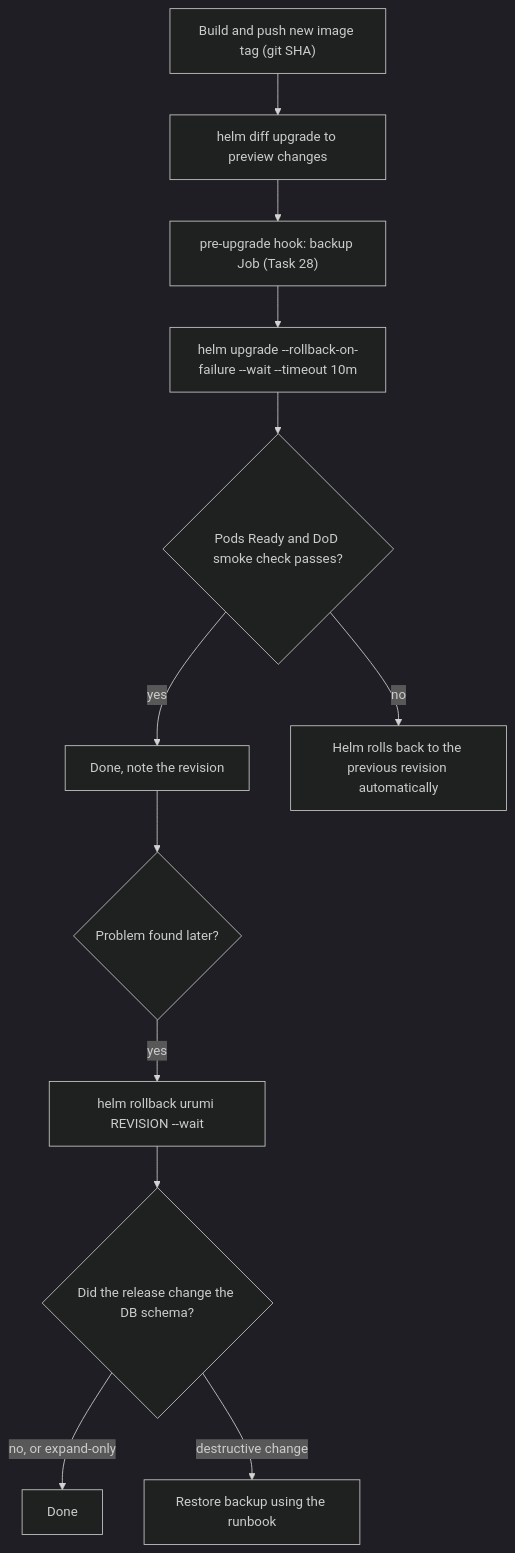
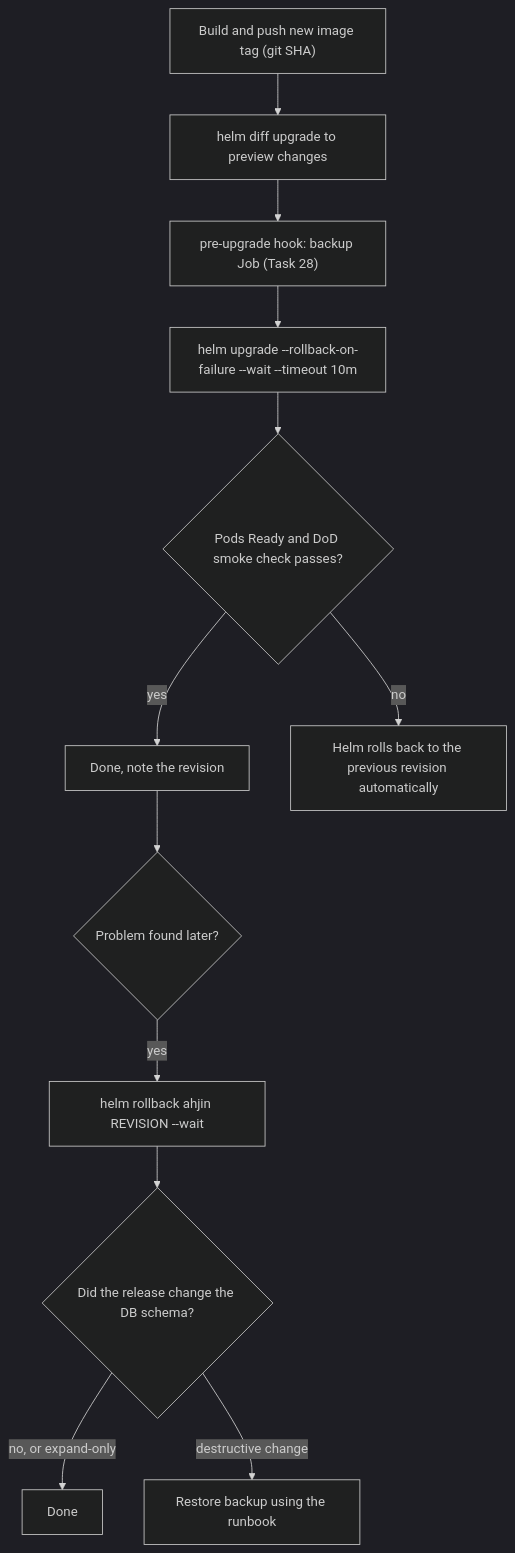
Before and after one commit to Mohan0112/Merchant_MCP_gateway: diagram 23 of 27 in docs/PROJECT_PLAN.md, drawn with Mermaid (dark theme). The commit also changed other lines of this file and 135 other files, not shown here.

````diff
--- a/docs/PROJECT_PLAN.md
+++ b/docs/PROJECT_PLAN.md
@@ -1797,14 +1797,14 @@
 ```mermaid
 flowchart TD
     A["Build and push new image tag (git SHA)"] --> B["helm diff upgrade to preview changes"]
     B --> C["pre-upgrade hook: backup Job (Task 28)"]
     C --> D["helm upgrade --rollback-on-failure --wait --timeout 10m"]
     D --> E{"Pods Ready and DoD smoke check passes?"}
     E -->|yes| F["Done, note the revision"]
     E -->|"no"| G["Helm rolls back to the previous revision automatically"]
     F --> H{"Problem found later?"}
-    H -->|yes| I["helm rollback urumi REVISION --wait"]
+    H -->|yes| I["helm rollback ahjin REVISION --wait"]
     I --> J{"Did the release change the DB schema?"}
     J -->|"no, or expand-only"| K["Done"]
     J -->|"destructive change"| L["Restore backup using the runbook"]
 ```
````
